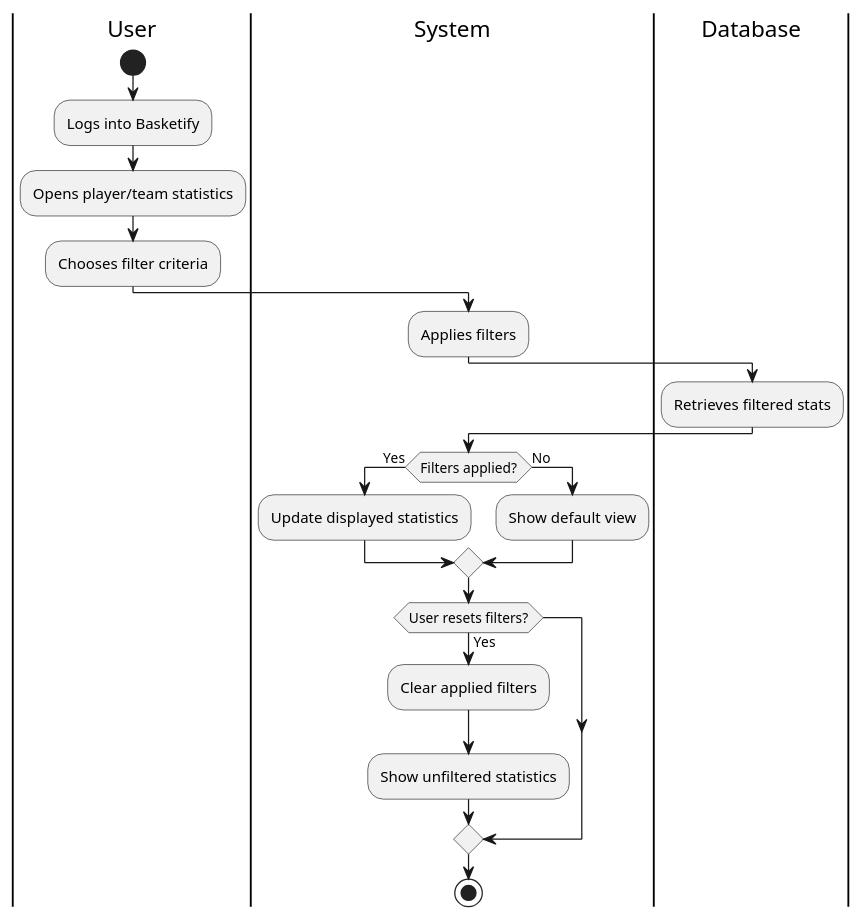
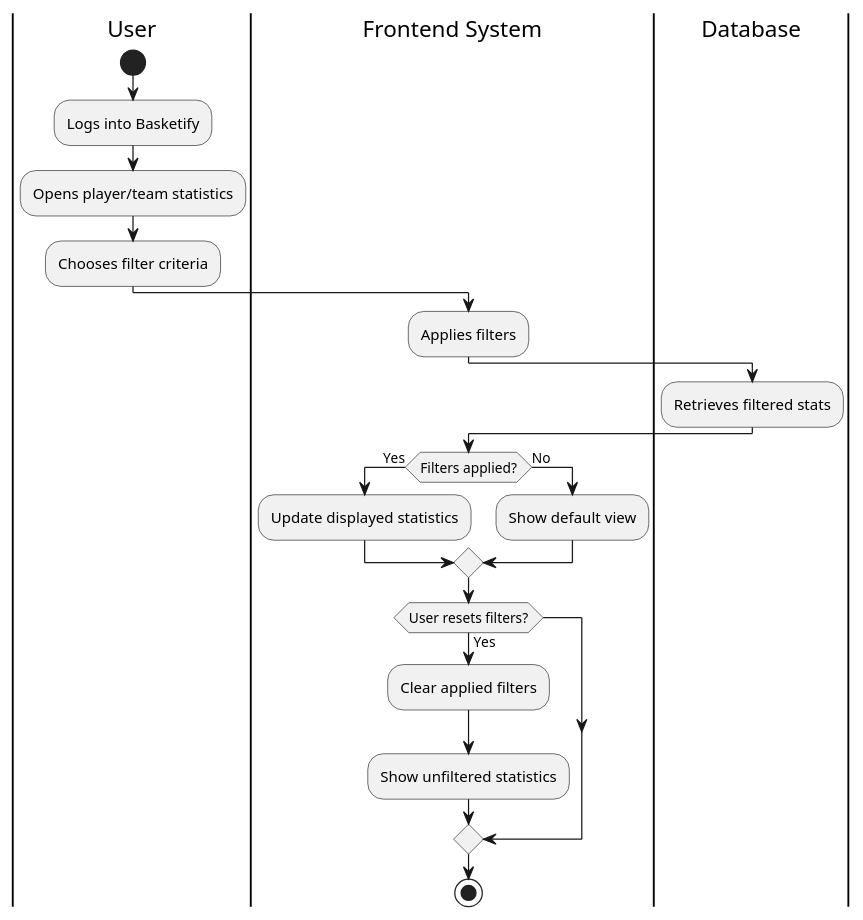
Before and after one commit to arongu321/Basketify_SBX: the ninth of 9 diagrams in diagrams/Activity/activity.puml, drawn with PlantUML. The commit also changed other lines of this file and 10 other files, not shown here.

```diff
--- a/diagrams/Activity/activity.puml
+++ b/diagrams/Activity/activity.puml
@@ -327,26 +354,26 @@
 @startuml StatisticsFiltering
 |User|
 start
 :Logs into Basketify;
 :Opens player/team statistics;
 :Chooses filter criteria;
 
-|System|
+|Frontend System|
 :Applies filters;
 |Database|
 :Retrieves filtered stats;
 
-|System|
+|Frontend System|
 if (Filters applied?) then (Yes)
     :Update displayed statistics;
 else (No)
     :Show default view;
 endif
 
 if (User resets filters?) then (Yes)
-    |System|
+    |Frontend System|
     :Clear applied filters;
     :Show unfiltered statistics;
 endif
 stop
 @enduml
```
